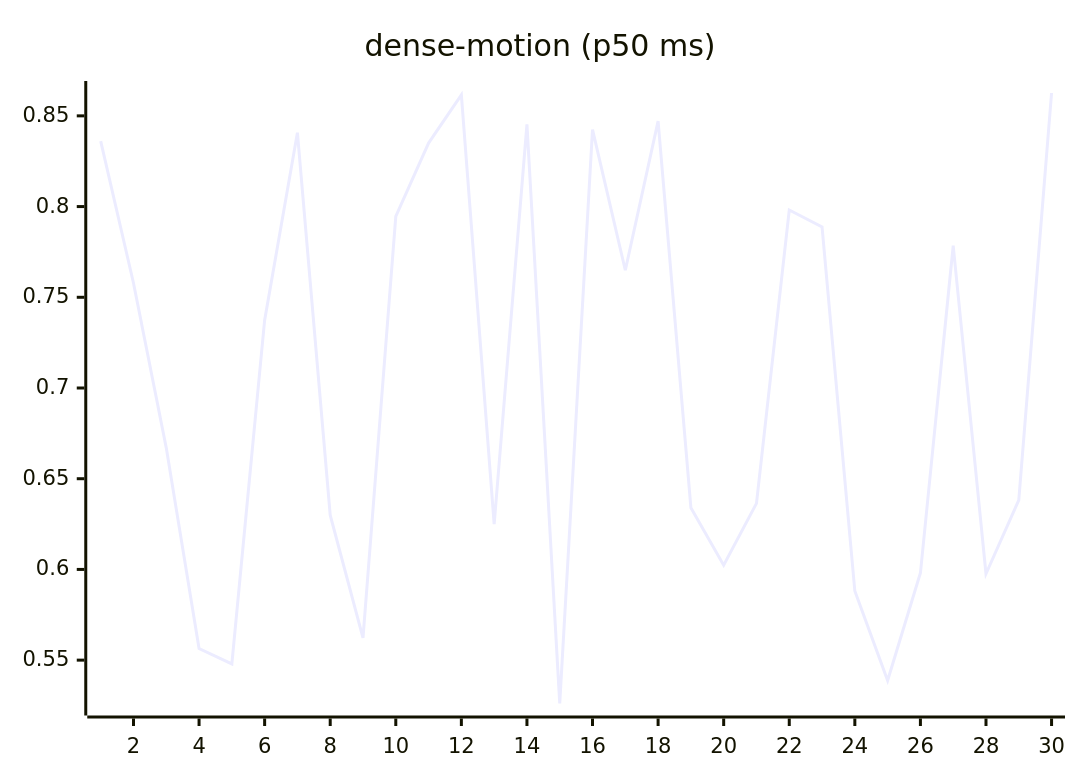
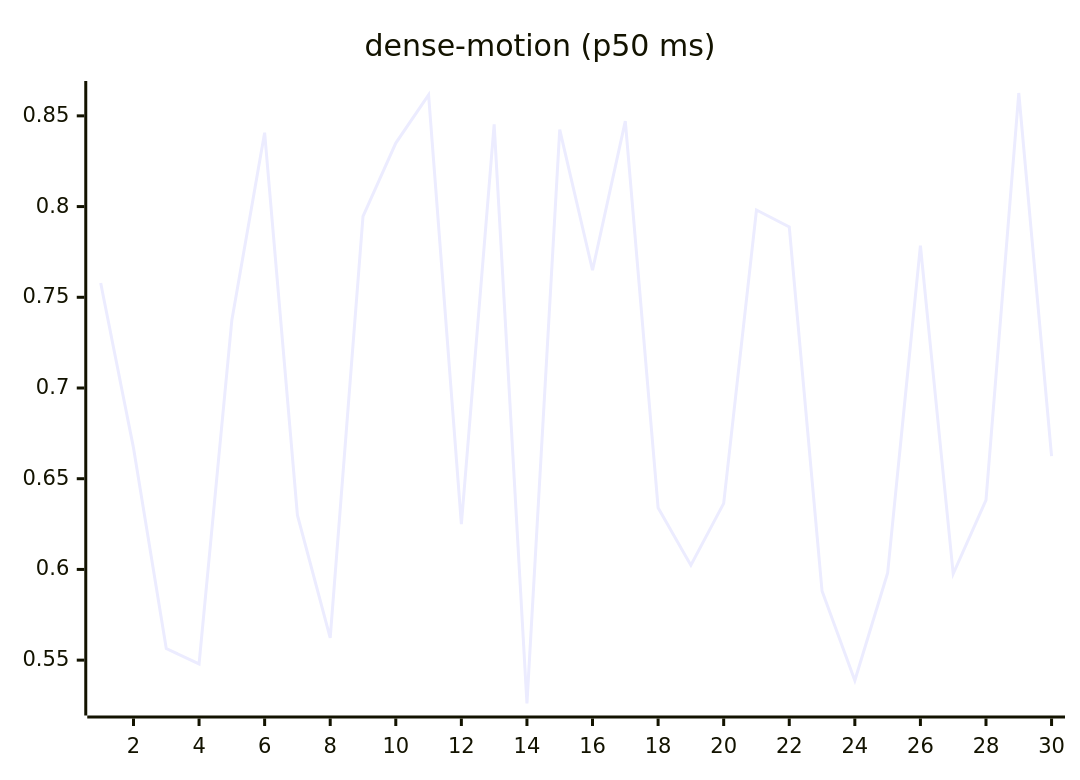
The ninth of 27 diagrams in README.md (josha/Facet), drawn with Mermaid before and after one commit. The commit also changed other lines of this file and 2 other files, not shown here.

````diff
--- a/README.md
+++ b/README.md
@@ -119,6 +119,6 @@
 ```mermaid
 xychart-beta
     title "dense-motion (p50 ms)"
     x-axis 1 --> 30
-    line [0.8361, 0.7579, 0.6670, 0.5564, 0.5479, 0.7374, 0.8407, 0.6299, 0.5623, 0.7946, 0.8350, 0.8616, 0.6249, 0.8453, 0.5261, 0.8424, 0.7649, 0.8471, 0.6340, 0.6023, 0.6364, 0.7981, 0.7888, 0.5881, 0.5388, 0.5980, 0.7785, 0.5976, 0.6382, 0.8626]
+    line [0.7579, 0.6670, 0.5564, 0.5479, 0.7374, 0.8407, 0.6299, 0.5623, 0.7946, 0.8350, 0.8616, 0.6249, 0.8453, 0.5261, 0.8424, 0.7649, 0.8471, 0.6340, 0.6023, 0.6364, 0.7981, 0.7888, 0.5881, 0.5388, 0.5980, 0.7785, 0.5976, 0.6382, 0.8626, 0.6624]
 ```
````
